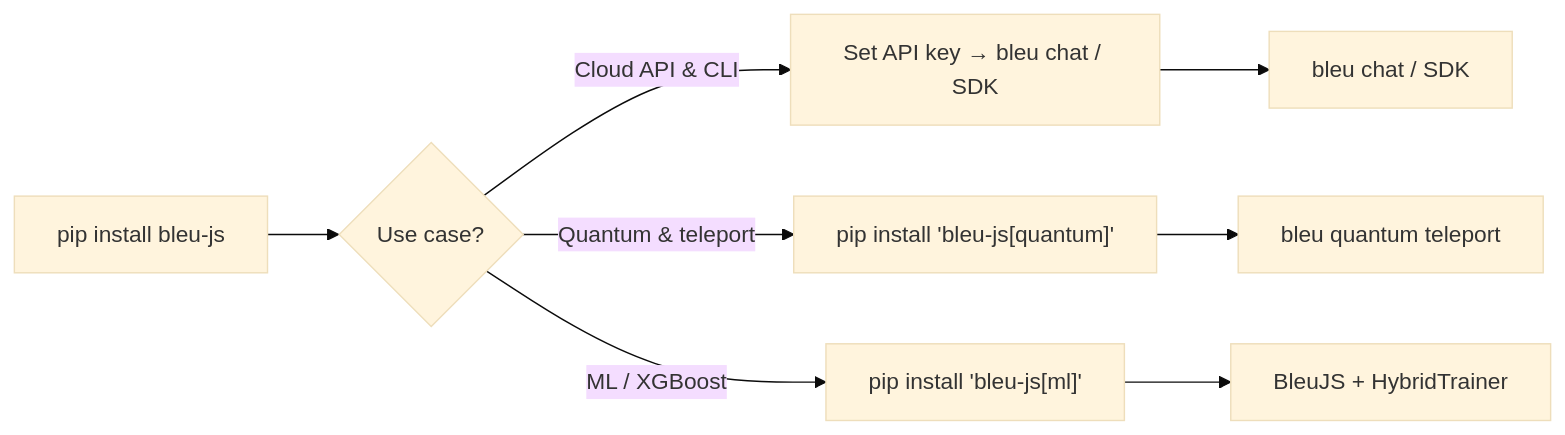
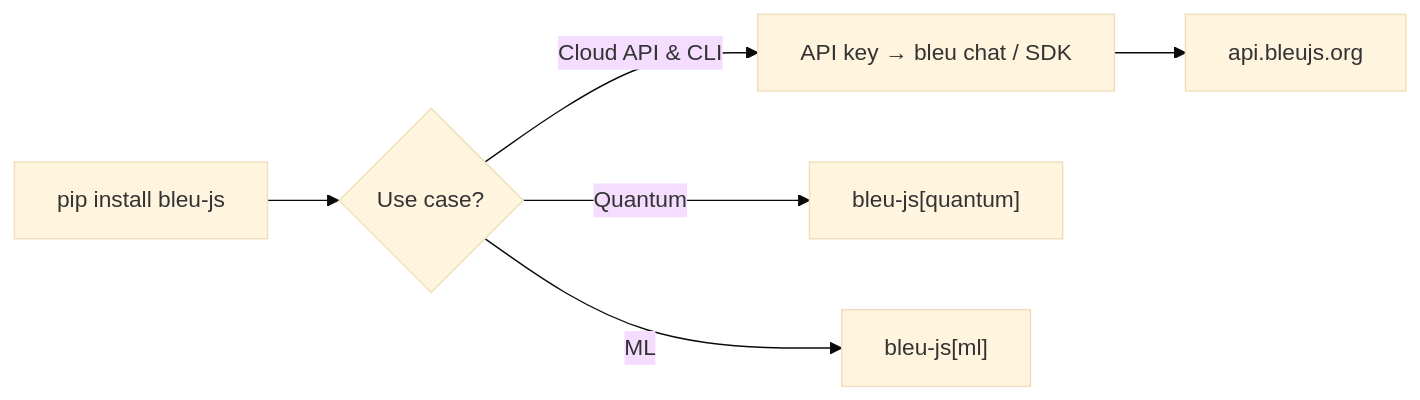
One commit to HelloblueAI/Bleu.js changed the diagram in README.md. Above: the diagram before and after it, drawn with Mermaid (base theme). The commit also changed other lines of this file and 25 other files, not shown here.

````diff
--- a/README.md
+++ b/README.md
@@ -374,10 +151,8 @@
 ```mermaid
 flowchart LR
     A["pip install bleu-js"] --> B{Use case?}
-    B -->|Cloud API & CLI| C[Set API key → bleu chat / SDK]
-    B -->|Quantum & teleport| D["pip install 'bleu-js[quantum]'"]
-    B -->|ML / XGBoost| E["pip install 'bleu-js[ml]'"]
-    C --> F[bleu chat / SDK]
-    D --> G[bleu quantum teleport]
-    E --> H[BleuJS + HybridTrainer]
+    B -->|Cloud API & CLI| C[API key → bleu chat / SDK]
+    B -->|Quantum| D["bleu-js[quantum]"]
+    B -->|ML| E["bleu-js[ml]"]
+    C --> F[api.bleujs.org]
 ```
````
